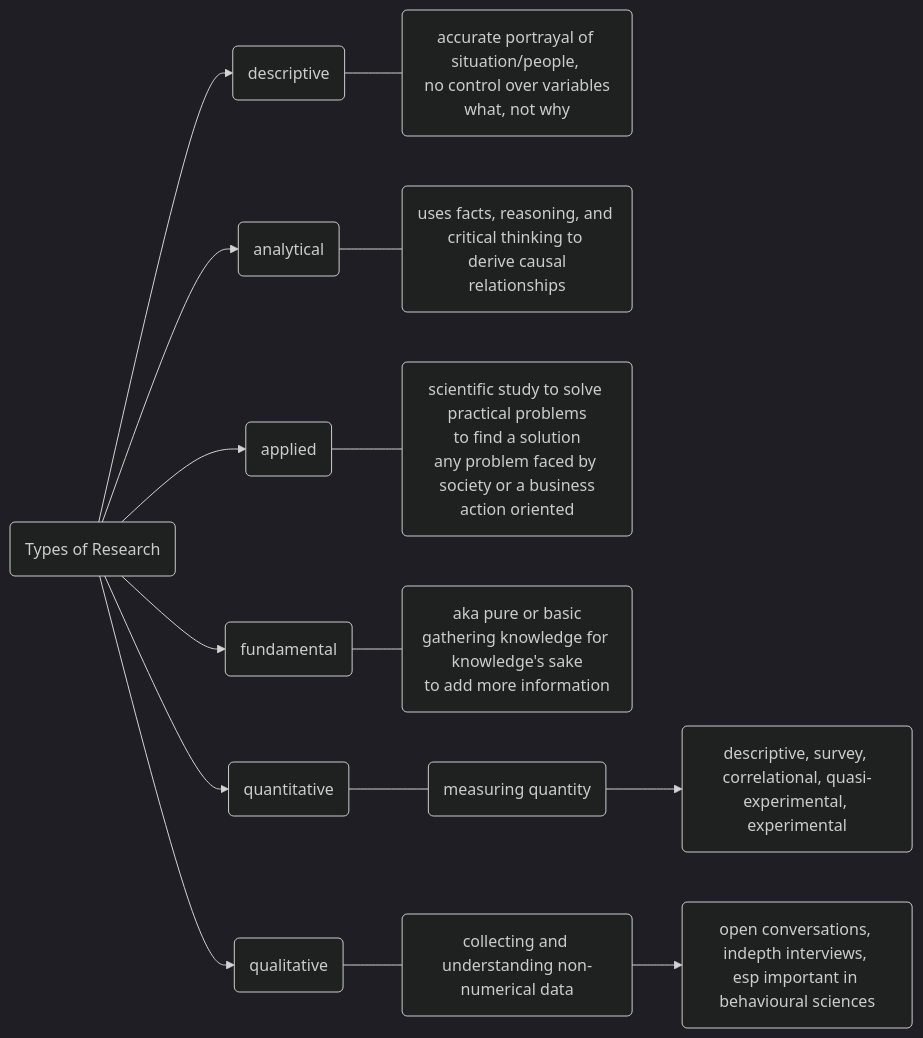
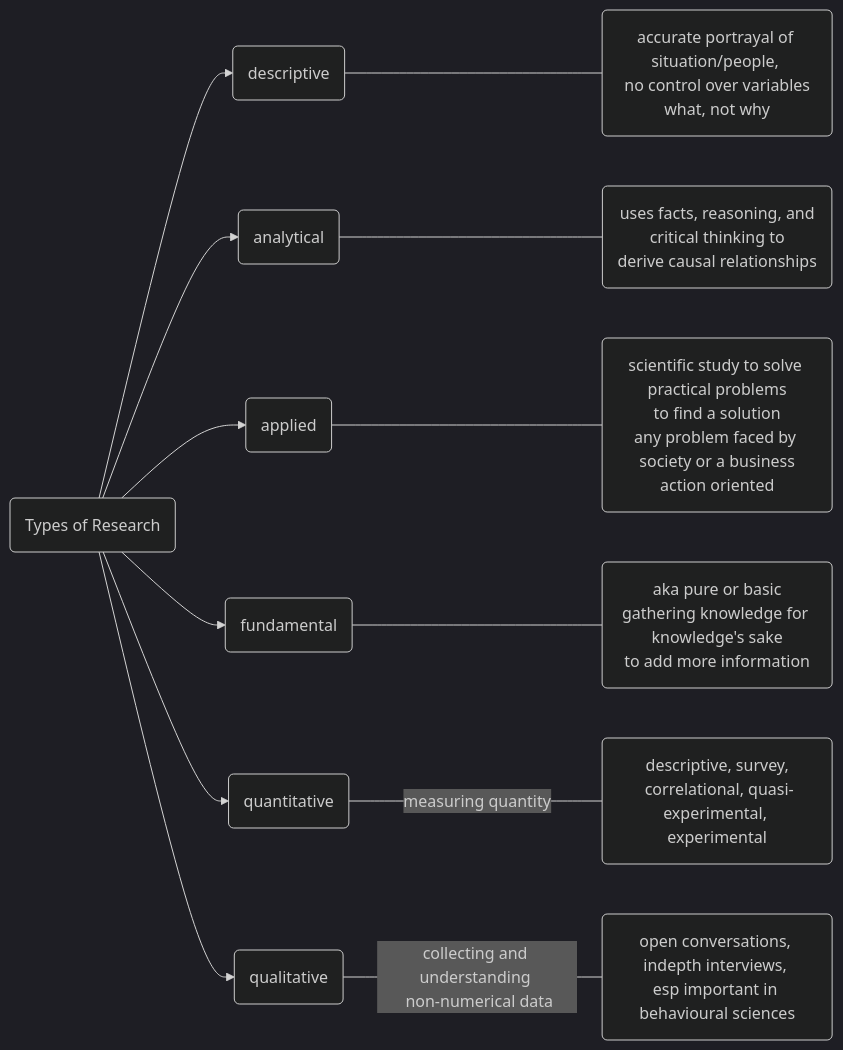
One commit to corvusdeinanis/cuddly-train changed the first of 2 diagrams in content/Introduction to Research Methodologies.md. Above: the diagram before and after it, drawn with Mermaid (dark theme). The commit also changed other lines of this file and 3 other files, not shown here.

````diff
--- a/content/Introduction to Research Methodologies.md
+++ b/content/Introduction to Research Methodologies.md
@@ -49,25 +48,24 @@
 ```mermaid
 flowchart LR
 A(Types of Research)
 A-->B(descriptive)
 A-->C(analytical)
 A-->D(applied)
 A-->E(fundamental)
 A-->F(quantitative)
 A-->G(qualitative)
 
 B---BI(accurate portrayal of situation/people, <br> no control over variables <br> what, not why <br> )
 
-C---CI(uses facts, reasoning, and critical thinking to <br> derive causal relationships)
+C---CI(uses facts, reasoning, and <br> critical thinking to <br> derive causal relationships)
 
 D---DI(scientific study to solve practical problems<br>to find a solution<br>any problem faced by society or a business<br>action oriented)
 
 E---EI(aka pure or basic<br>gathering knowledge for knowledge's sake<br>to add more information)
 
-F---Z(measuring quantity)
-Z-->Y(descriptive, survey, correlational, quasi-experimental, experimental)
+F---|measuring quantity|Y(descriptive, survey,<br> correlational, quasi-experimental, experimental)
 
-G---X(collecting and understanding non-numerical data)
-X-->W(open conversations, indepth interviews, <br>esp important in behavioural sciences)
+G---|collecting and understanding <br> non-numerical data|W
+W(open conversations, indepth interviews, <br>esp important in behavioural sciences)
 
 ```
````
